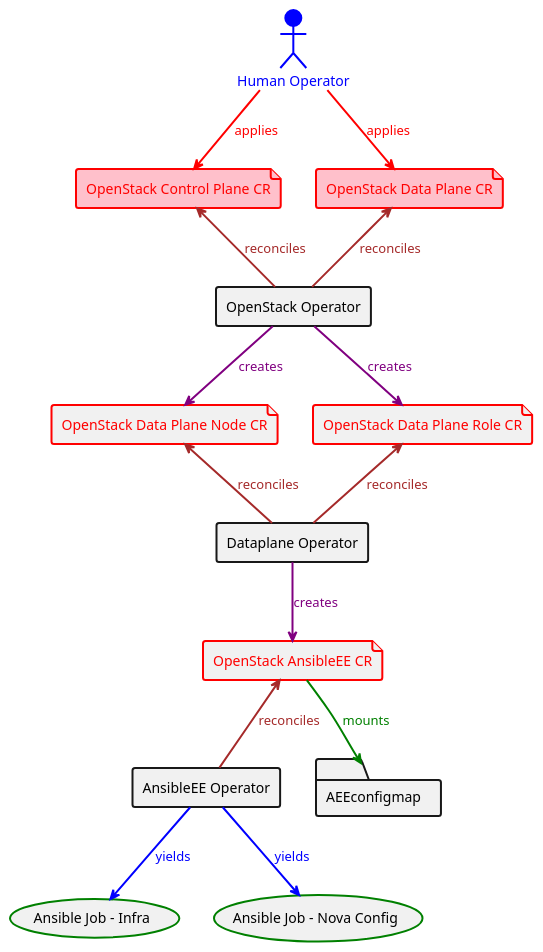
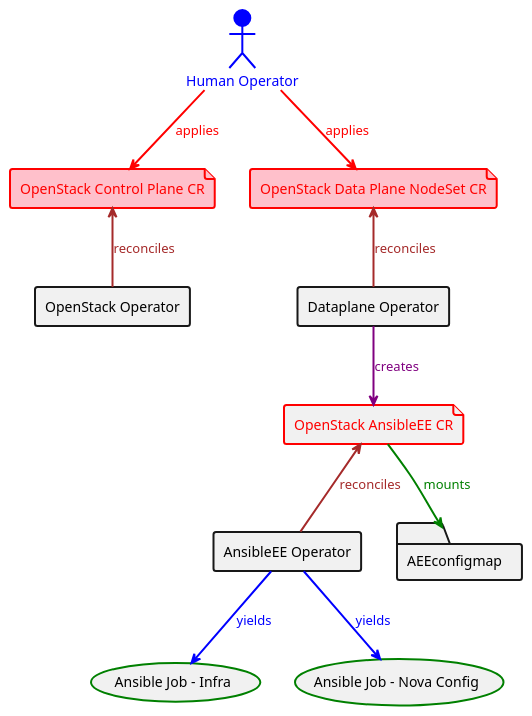
Before and after one commit to openstack-k8s-operators/dataplane-operator: the diagram in docs/diagrams/src/edpm.puml, drawn with PlantUML. The commit also changed 7 other files, not shown here.

```diff
--- a/docs/diagrams/src/edpm.puml
+++ b/docs/diagrams/src/edpm.puml
@@ -1,33 +1,27 @@
 @startuml edpm
 actor "Human Operator" as user #blue;line:blue;line.bold;text:blue
 
 file "OpenStack Control Plane CR" as OCPCR #pink;line:red;line.bold;text:red
-file "OpenStack Data Plane CR" as ODPCR #pink;line:red;line.bold;text:red
-file "OpenStack Data Plane Node CR" as ODPNCR #line:red;line.bold;text:red
-file "OpenStack Data Plane Role CR" as ODPRCR #line:red;line.bold;text:red
+file "OpenStack Data Plane NodeSet CR" as ODPCR #pink;line:red;line.bold;text:red
 file "OpenStack AnsibleEE CR" as AEECR #line:red;line.bold;text:red
 
 rectangle "OpenStack Operator" as OSOp #line.bold
 rectangle "Dataplane Operator" as DOp #line.bold
 rectangle "AnsibleEE Operator" as AEEOp #line.bold
 
 usecase "Ansible Job - Infra" as AJI #line:green;line.bold
 usecase "Ansible Job - Nova Config" as AJNC #line:green;line.bold
 
 folder AEEconfigmap #line.bold
 
 user --> OCPCR #line:red;line.bold;text:red  : applies
 user --> ODPCR #line:red;line.bold;text:red  : applies
 OCPCR <-- OSOp #line:brown;line.bold;text:brown : reconciles
-ODPCR <-- OSOp #line:brown;line.bold;text:brown : reconciles
-OSOp --> ODPNCR #line:purple;line.bold;text:purple  : creates
-OSOp --> ODPRCR #line:purple;line.bold;text:purple  : creates
-ODPNCR <-- DOp #line:brown;line.bold;text:brown : reconciles
-ODPRCR <-- DOp #line:brown;line.bold;text:brown : reconciles
+ODPCR <-- DOp #line:brown;line.bold;text:brown : reconciles
 DOp --> AEECR #line:purple;line.bold;text:purple  : creates
 AEECR <-- AEEOp #line:brown;line.bold;text:brown : reconciles
 AEEOp --> AJI #line:blue;line.bold;text:blue : yields
 AEEOp --> AJNC #line:blue;line.bold;text:blue : yields
 AEECR --> AEEconfigmap #line:green;line.bold;text:green  : mounts
 
 @enduml
```
